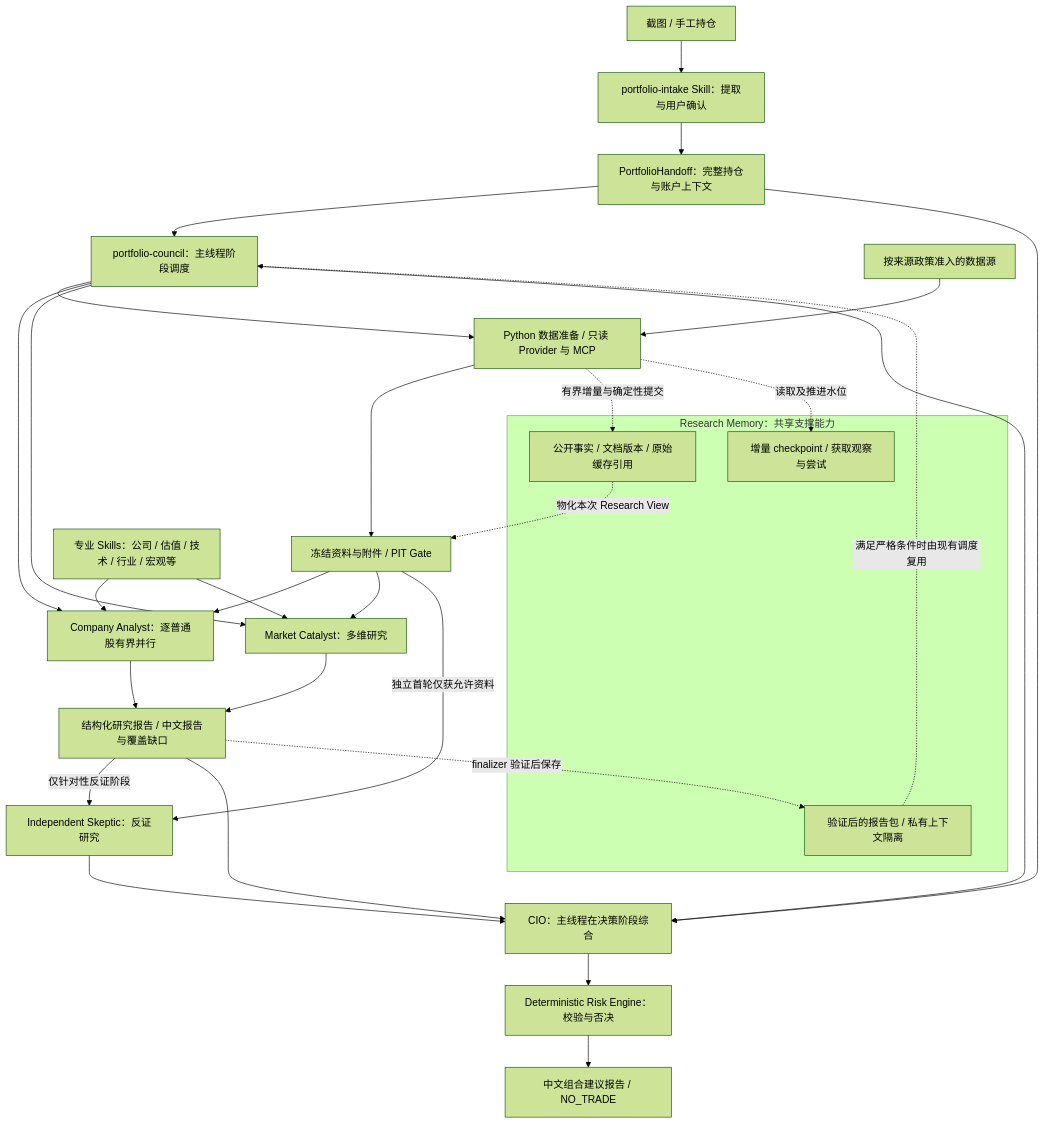
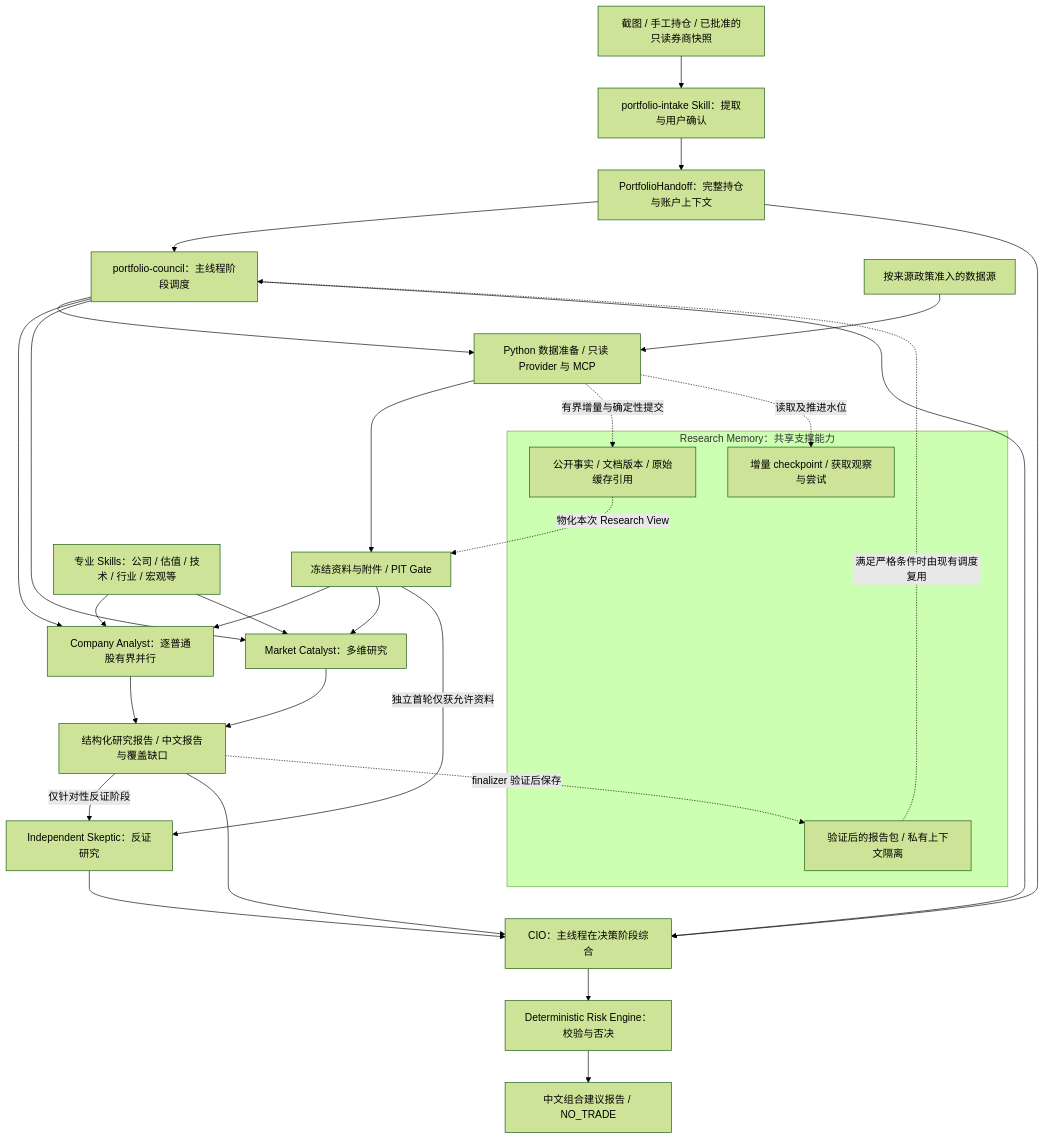
One commit to dannyCaiHaoming/stock_agent changed the diagram in PRODUCT.md. Above: the diagram before and after it, drawn with Mermaid (forest theme). The commit also changed other lines of this file and 411 other files, not shown here.

````diff
--- a/PRODUCT.md
+++ b/PRODUCT.md
@@ -39,37 +39,37 @@
 ```mermaid
 flowchart TB
-    U["截图 / 手工持仓"] --> I["portfolio-intake Skill：提取与用户确认"]
+    U["截图 / 手工持仓 / 已批准的只读券商快照"] --> I["portfolio-intake Skill：提取与用户确认"]
     I --> H["PortfolioHandoff：完整持仓与账户上下文"]
     H --> C["portfolio-council：主线程阶段调度"]
     C --> D["Python 数据准备 / 只读 Provider 与 MCP"]
     P["按来源政策准入的数据源"] --> D
     D --> G["冻结资料与附件 / PIT Gate"]
     G --> A["Company Analyst：逐普通股有界并行"]
     G --> M["Market Catalyst：多维研究"]
     C --> A
     C --> M
     S["专业 Skills：公司 / 估值 / 技术 / 行业 / 宏观等"] --> A
     S --> M
     A --> O["结构化研究报告 / 中文报告与覆盖缺口"]
     M --> O
 
     subgraph Memory["Research Memory：共享支撑能力"]
         F["公开事实 / 文档版本 / 原始缓存引用"]
         K["增量 checkpoint / 获取观察与尝试"]
         R["验证后的报告包 / 私有上下文隔离"]
     end
     D -.->|"有界增量与确定性提交"| F
     D -.->|"读取及推进水位"| K
     F -.->|"物化本次 Research View"| G
     O -.->|"finalizer 验证后保存"| R
     R -.->|"满足严格条件时由现有调度复用"| C
 
     O -->|"仅针对性反证阶段"| Q["Independent Skeptic：反证研究"]
     G -->|"独立首轮仅获允许资料"| Q
     O --> CIO["CIO：主线程在决策阶段综合"]
     Q --> CIO
     H --> CIO
     C --> CIO
     CIO --> Risk["Deterministic Risk Engine：校验与否决"]
     Risk --> Report["中文组合建议报告 / NO_TRADE"]
 ```
````
